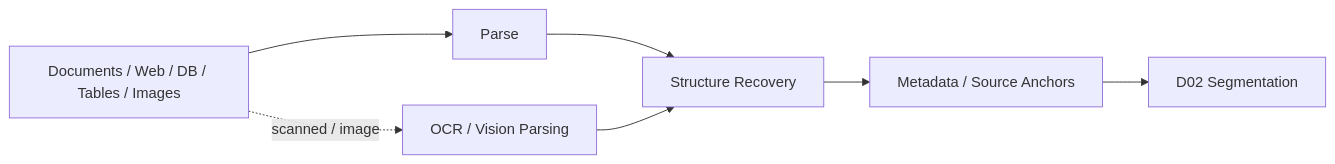
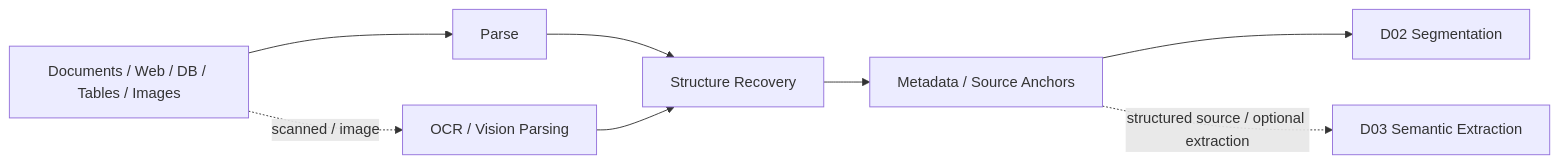
The diagram in 02 - 研究領域專題 (Research Domains)/Domain 01 - Document Ingestion & Structure.md (Cycl0n3-ga/RAG-survey), drawn with Mermaid before and after one commit. The commit also changed other lines of this file and 18 other files, not shown here.

````diff
--- a/02 - 研究領域專題 (Research Domains)/Domain 01 - Document Ingestion & Structure.md
+++ b/02 - 研究領域專題 (Research Domains)/Domain 01 - Document Ingestion & Structure.md
@@ -18,9 +18,10 @@
 ```mermaid
 flowchart LR
     SRC["Documents / Web / DB / Tables / Images"] --> P["Parse"]
     SRC -. "scanned / image" .-> OCR["OCR / Vision Parsing"]
     P --> S["Structure Recovery"]
     OCR --> S
     S --> M["Metadata / Source Anchors"]
     M --> D02["D02 Segmentation"]
+    M -. "structured source / optional extraction" .-> D03["D03 Semantic Extraction"]
 ```
````
